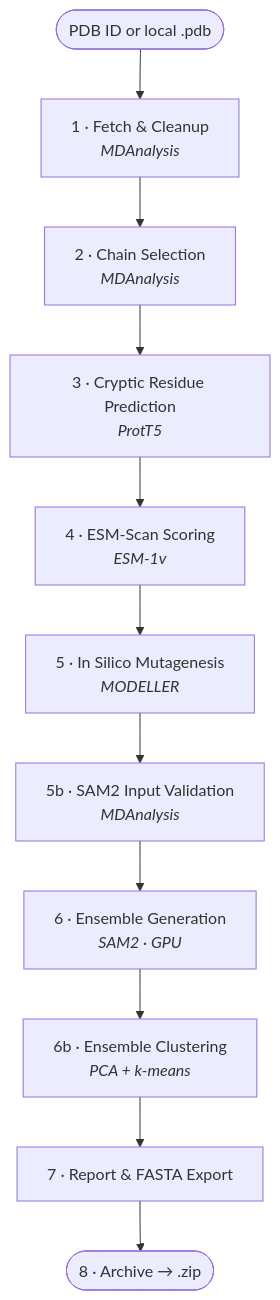
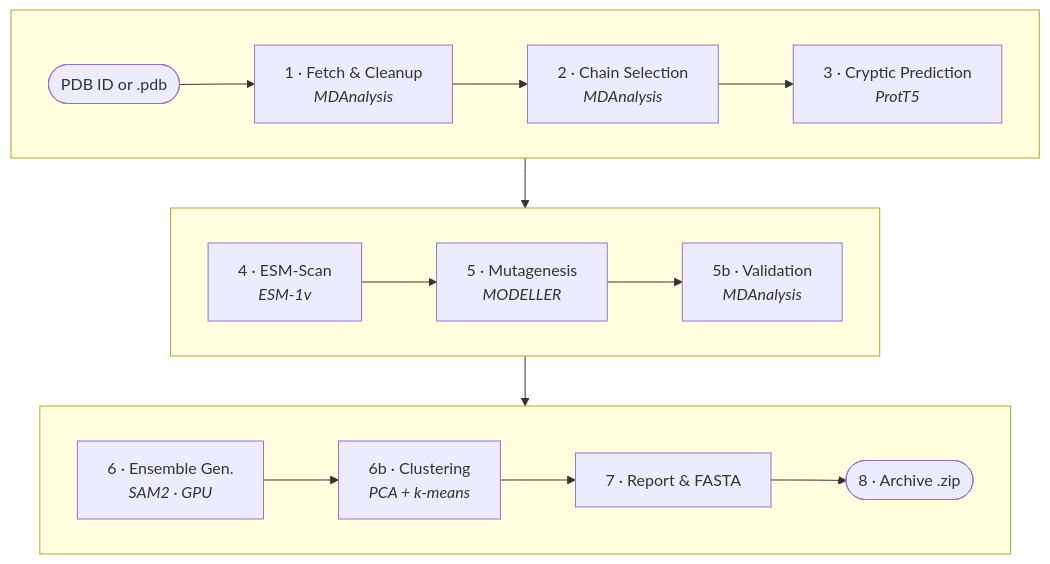
The diagram in README.md (singhnitink/CryptiScan), drawn with Mermaid before and after one commit.

Commit message:
adding flowchart from mermaid2

````diff
--- a/README.md
+++ b/README.md
@@ -5,15 +5,20 @@
 ```mermaid
 flowchart TD
-    IN(["PDB ID or local .pdb"]) --> S1
+    subgraph row1 [" "]
+        direction LR
+        IN(["PDB ID or .pdb"]) --> S1["1 · Fetch & Cleanup<br/><i>MDAnalysis</i>"] --> S2["2 · Chain Selection<br/><i>MDAnalysis</i>"] --> S3["3 · Cryptic Prediction<br/><i>ProtT5</i>"]
+    end
 
-    S1["1 · Fetch & Cleanup<br/><i>MDAnalysis</i>"] --> S2
-    S2["2 · Chain Selection<br/><i>MDAnalysis</i>"] --> S3
-    S3["3 · Cryptic Residue Prediction<br/><i>ProtT5</i>"] --> S4
-    S4["4 · ESM-Scan Scoring<br/><i>ESM-1v</i>"] --> S5
-    S5["5 · In Silico Mutagenesis<br/><i>MODELLER</i>"] --> S5b
-    S5b["5b · SAM2 Input Validation<br/><i>MDAnalysis</i>"] --> S6
-    S6["6 · Ensemble Generation<br/><i>SAM2 · GPU</i>"] --> S6b
-    S6b["6b · Ensemble Clustering<br/><i>PCA + k-means</i>"] --> S7
-    S7["7 · Report & FASTA Export"] --> S8
-    S8(["8 · Archive → .zip"])
+    subgraph row2 [" "]
+        direction LR
+        S4["4 · ESM-Scan<br/><i>ESM-1v</i>"] --> S5["5 · Mutagenesis<br/><i>MODELLER</i>"] --> S5b["5b · Validation<br/><i>MDAnalysis</i>"]
+    end
+
+    subgraph row3 [" "]
+        direction LR
+        S6["6 · Ensemble Gen.<br/><i>SAM2 · GPU</i>"] --> S6b["6b · Clustering<br/><i>PCA + k-means</i>"] --> S7["7 · Report & FASTA"] --> S8(["8 · Archive .zip"])
+    end
+
+    S3 --> S4
+    S5b --> S6
 ```
````
